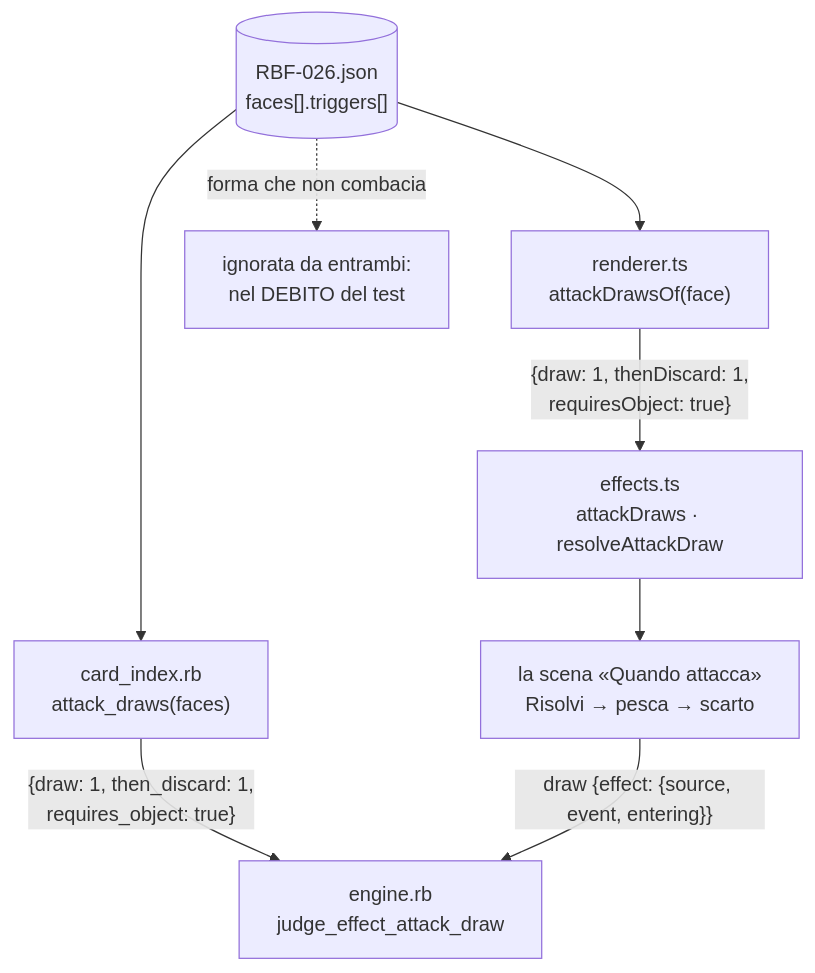
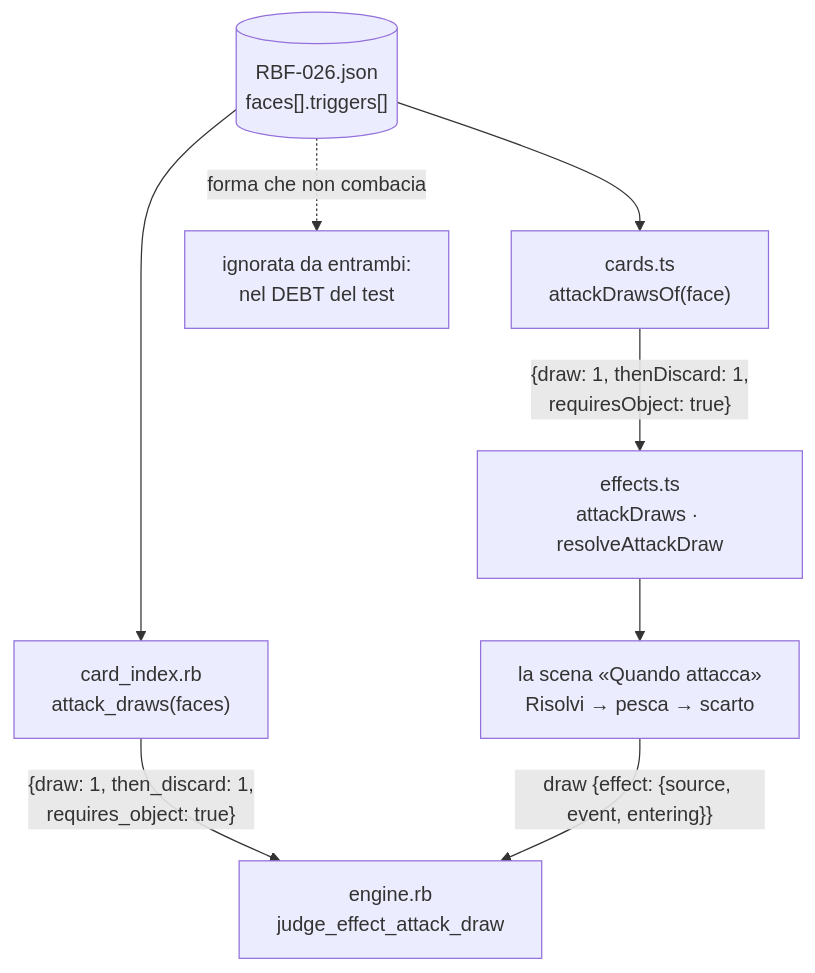
The third of 3 diagrams in README.md (AlexPalaz/rubyfront-tcg), drawn with Mermaid before and after one commit. The commit also changed other lines of this file and 253 other files, not shown here.

````diff
--- a/README.md
+++ b/README.md
@@ -128,11 +128,11 @@
 ```mermaid
 flowchart TB
   J[("RBF-026.json<br/>faces[].triggers[]")]
   J --> P1["card_index.rb<br/>attack_draws(faces)"]
-  J --> P2["renderer.ts<br/>attackDrawsOf(face)"]
+  J --> P2["cards.ts<br/>attackDrawsOf(face)"]
   P1 -- "{draw: 1, then_discard: 1,<br/>requires_object: true}" --> JE["engine.rb<br/>judge_effect_attack_draw"]
   P2 -- "{draw: 1, thenDiscard: 1,<br/>requiresObject: true}" --> EF["effects.ts<br/>attackDraws · resolveAttackDraw"]
   EF --> SC["la scena «Quando attacca»<br/>Risolvi → pesca → scarto"]
   SC -- "draw {effect: {source, event, entering}}" --> JE
-  J -. "forma che non combacia" .-> X["ignorata da entrambi:<br/>nel DEBITO del test"]
+  J -. "forma che non combacia" .-> X["ignorata da entrambi:<br/>nel DEBT del test"]
 ```
````
